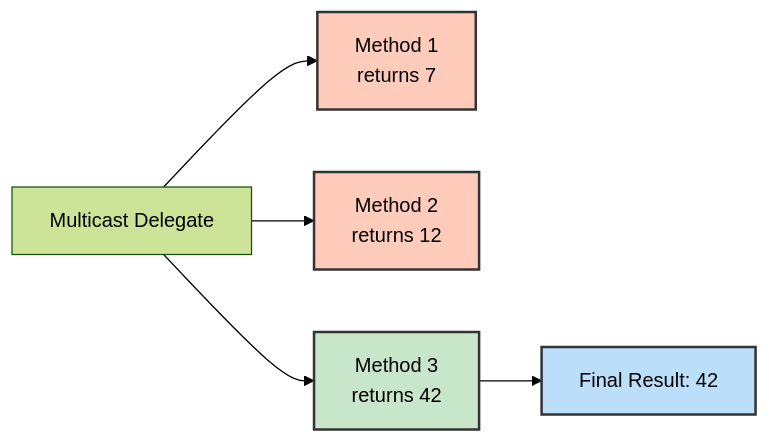
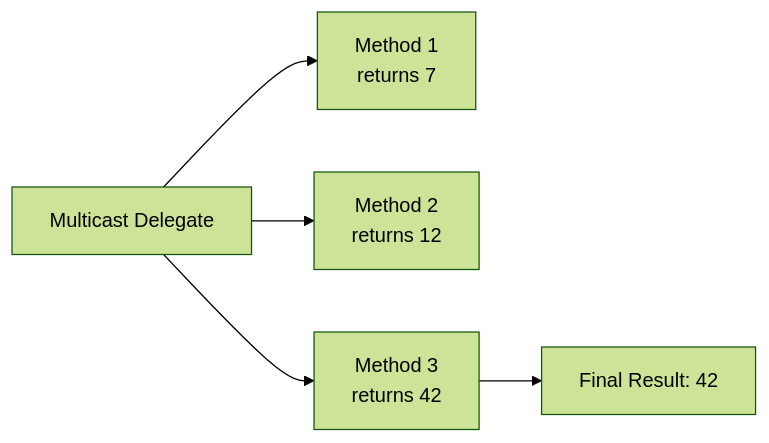
One commit to NguyenPhamCode4You/ai-home-lab-docker-compose changed the fourth of 10 diagrams in C# fundamentals/day03-delegates-events.md. Above: the diagram before and after it, drawn with Mermaid (forest theme). The commit also changed other lines of this file, not shown here.

````diff
--- a/C# fundamentals/day03-delegates-events.md
+++ b/C# fundamentals/day03-delegates-events.md
@@ -222,12 +213,7 @@
 ```mermaid
 graph LR
     A[Multicast Delegate] --> B[Method 1<br/>returns 7]
     A --> C[Method 2<br/>returns 12]
     A --> D[Method 3<br/>returns 42]
     D --> E[Final Result: 42]
-
-    style B fill:#ffccbc,stroke:#333,stroke-width:2px
-    style C fill:#ffccbc,stroke:#333,stroke-width:2px
-    style D fill:#c8e6c9,stroke:#333,stroke-width:2px
-    style E fill:#bbdefb,stroke:#333,stroke-width:2px
 ```
````
